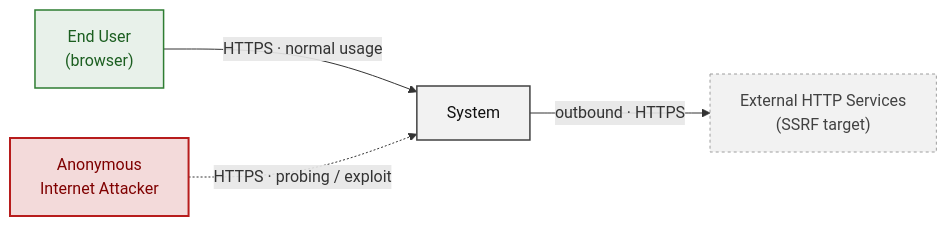
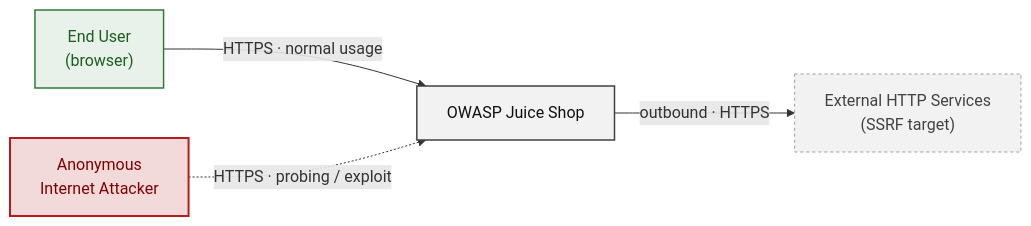
One commit to appsec-foundry/appsec-advisor changed the second of 10 diagrams in examples/threat-modeler/threat-mode-juice-shop-quick.md. Above: the diagram before and after it, drawn with Mermaid. The commit also changed other lines of this file and 10 other files, not shown here.

````diff
--- a/examples/threat-modeler/threat-mode-juice-shop-quick.md
+++ b/examples/threat-modeler/threat-mode-juice-shop-quick.md
@@ -296,18 +285,18 @@
 ```mermaid
 flowchart LR
     USER["End User<br/>(browser)"]
     ATTACKER["Anonymous<br/>Internet Attacker"]
-    SYSTEM["System"]
+    SYSTEM["OWASP Juice Shop"]
     EXTERNAL["External HTTP Services<br/>(SSRF target)"]
     USER -->|HTTPS · normal usage| SYSTEM
     ATTACKER -.->|HTTPS · probing / exploit| SYSTEM
     SYSTEM -->|outbound · HTTPS| EXTERNAL
     classDef user     fill:#e8f1ea,stroke:#2e7d32,color:#1b5e20,stroke-width:1.5px
     classDef attacker fill:#f3dada,stroke:#b71c1c,color:#7f0000,stroke-width:2px
     classDef sys      fill:#f2f2f2,stroke:#424242,color:#111,stroke-width:1.5px
     classDef ext      fill:#f2f2f2,stroke:#9e9e9e,color:#424242,stroke-dasharray:3 3,stroke-width:1px
     class USER user
     class ATTACKER attacker
     class SYSTEM sys
     class EXTERNAL ext
 ```
````
